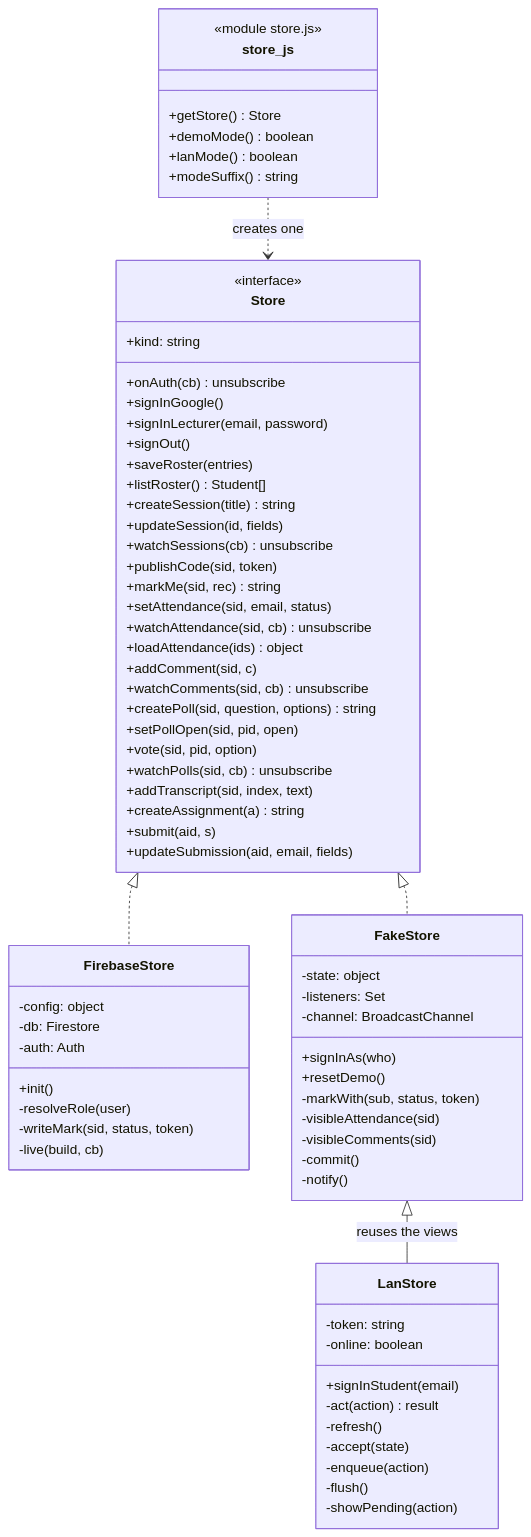
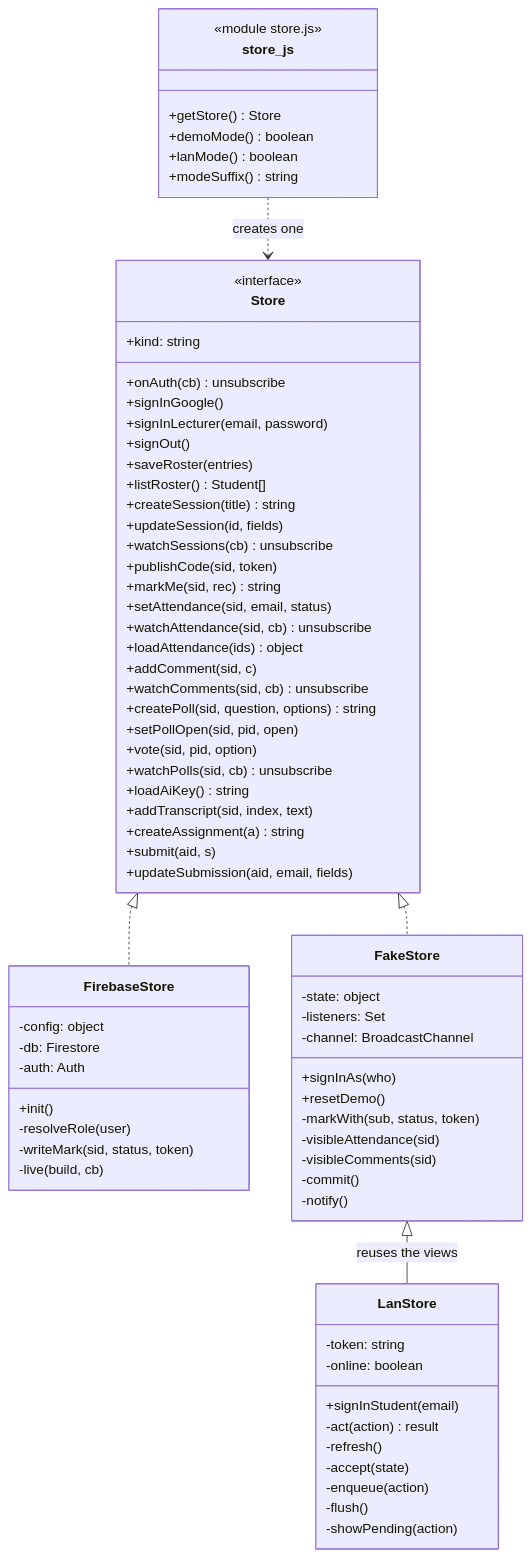
Before and after one commit to minion-dog/I2CS_Ex2-smart-class-demo: the second of 5 diagrams in docs/06_CLASS_DIAGRAMS.md, drawn with Mermaid. The commit also changed other lines of this file and 38 other files, not shown here.

````diff
--- a/docs/06_CLASS_DIAGRAMS.md
+++ b/docs/06_CLASS_DIAGRAMS.md
@@ -108,75 +108,76 @@
 ```mermaid
 classDiagram
     direction TB
     class Store {
         <<interface>>
         +kind: string
         +onAuth(cb) unsubscribe
         +signInGoogle()
         +signInLecturer(email, password)
         +signOut()
         +saveRoster(entries)
         +listRoster() Student[]
         +createSession(title) string
         +updateSession(id, fields)
         +watchSessions(cb) unsubscribe
         +publishCode(sid, token)
         +markMe(sid, rec) string
         +setAttendance(sid, email, status)
         +watchAttendance(sid, cb) unsubscribe
         +loadAttendance(ids) object
         +addComment(sid, c)
         +watchComments(sid, cb) unsubscribe
         +createPoll(sid, question, options) string
         +setPollOpen(sid, pid, open)
         +vote(sid, pid, option)
         +watchPolls(sid, cb) unsubscribe
+        +loadAiKey() string
         +addTranscript(sid, index, text)
         +createAssignment(a) string
         +submit(aid, s)
         +updateSubmission(aid, email, fields)
     }
     class FirebaseStore {
         -config: object
         -db: Firestore
         -auth: Auth
         +init()
         -resolveRole(user)
         -writeMark(sid, status, token)
         -live(build, cb)
     }
     class FakeStore {
         -state: object
         -listeners: Set
         -channel: BroadcastChannel
         +signInAs(who)
         +resetDemo()
         -markWith(sub, status, token)
         -visibleAttendance(sid)
         -visibleComments(sid)
         -commit()
         -notify()
     }
     class LanStore {
         -token: string
         -online: boolean
         +signInStudent(email)
         -act(action) result
         -refresh()
         -accept(state)
         -enqueue(action)
         -flush()
         -showPending(action)
     }
     class store_js {
         <<module store.js>>
         +getStore() Store
         +demoMode() boolean
         +lanMode() boolean
         +modeSuffix() string
     }
     Store <|.. FirebaseStore
     Store <|.. FakeStore
     FakeStore <|-- LanStore : reuses the views
     store_js ..> Store : creates one
 ```
````
